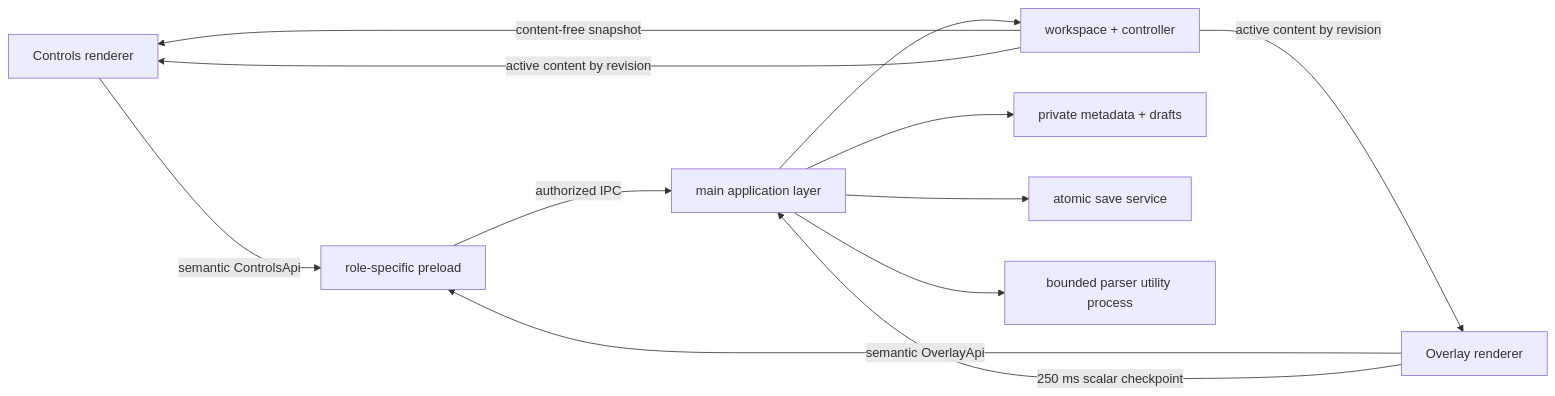
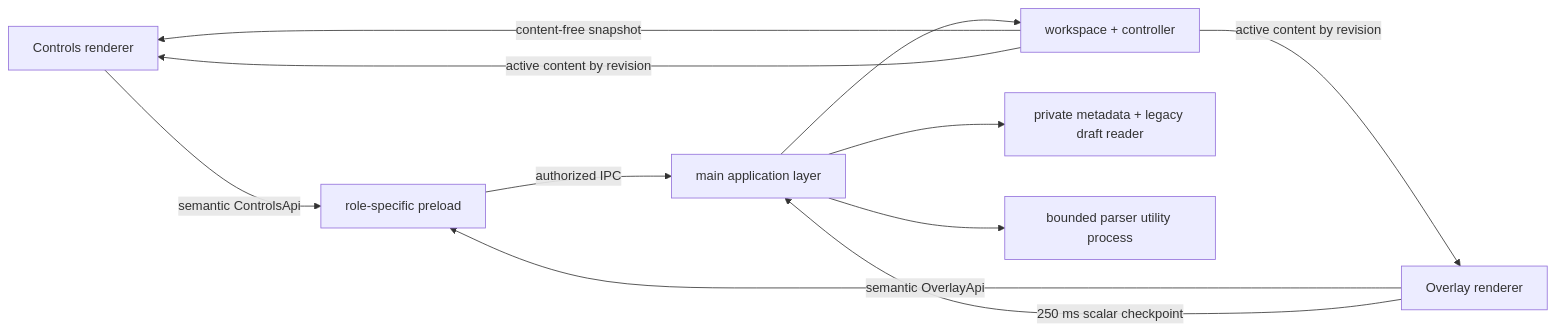
The diagram in README.md (astoreyai/teleprompt), drawn with Mermaid before and after one commit. The commit also changed other lines of this file and 86 other files, not shown here.

````diff
--- a/README.md
+++ b/README.md
@@ -62,14 +61,13 @@
 ```mermaid
 flowchart LR
   C[Controls renderer] -->|semantic ControlsApi| P[role-specific preload]
   O[Overlay renderer] -->|semantic OverlayApi| P
   P -->|authorized IPC| M[main application layer]
   M --> W[workspace + controller]
-  M --> R[private metadata + drafts]
-  M --> S[atomic save service]
+  M --> R[private metadata + legacy draft reader]
   M --> U[bounded parser utility process]
   W -->|content-free snapshot| C
   W -->|active content by revision| C
   W -->|active content by revision| O
   O -->|250 ms scalar checkpoint| M
 ```
````
